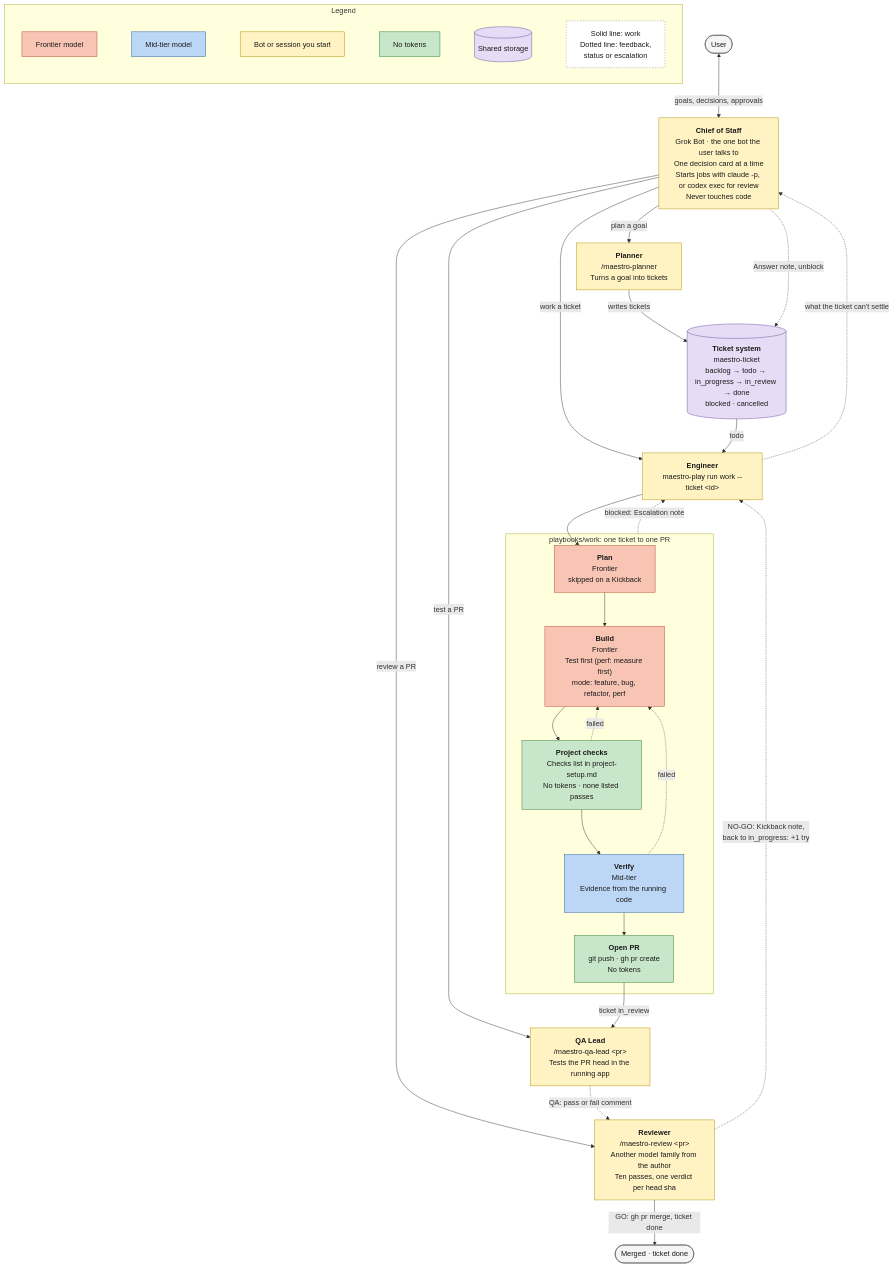
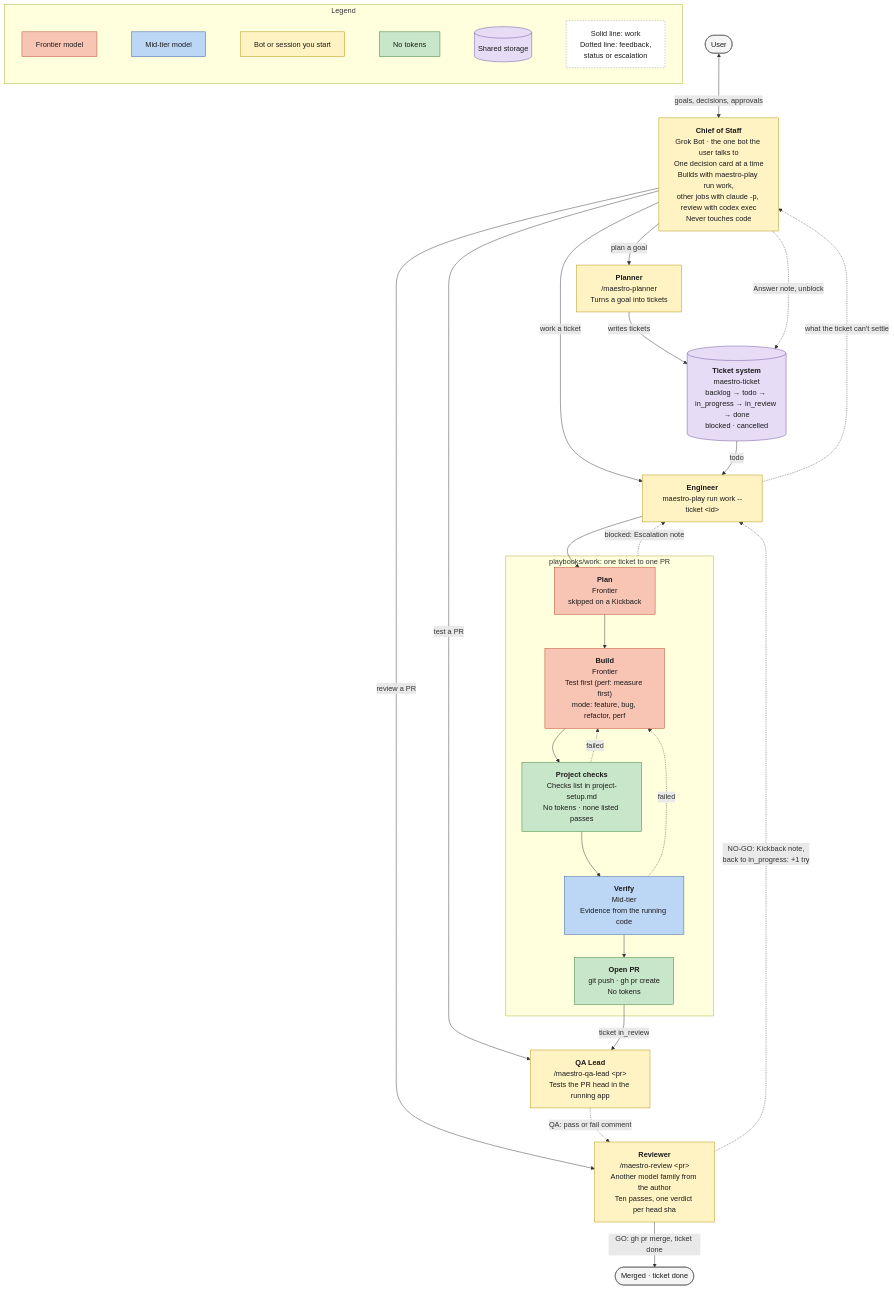
Before and after one commit to ProlesDei/maestro: the diagram in docs/team.mermaid, drawn with Mermaid. The commit also changed 4 other files, not shown here.

First line of the commit message:
PR 14 review fixes: resume old run names, CoS diagram node, empty-board row

```diff
--- a/docs/team.mermaid
+++ b/docs/team.mermaid
@@ -1,70 +1,70 @@
 flowchart TD
     User([User])
 
-    CoS["<b>Chief of Staff</b><br/>Grok Bot · the one bot the user talks to<br/>One decision card at a time<br/>Starts jobs with claude -p, or codex exec for review<br/>Never touches code"]
+    CoS["<b>Chief of Staff</b><br/>Grok Bot · the one bot the user talks to<br/>One decision card at a time<br/>Builds with maestro-play run work,<br/>other jobs with claude -p, review with codex exec<br/>Never touches code"]
     Planner["<b>Planner</b><br/>/maestro-planner<br/>Turns a goal into tickets"]
     Tickets[("<b>Ticket system</b><br/>maestro-ticket<br/>backlog → todo → in_progress → in_review → done<br/>blocked · cancelled")]
 
     Eng["<b>Engineer</b><br/>maestro-play run work --ticket &lt;id&gt;"]
 
     subgraph Work ["playbooks/work: one ticket to one PR"]
         Plan["<b>Plan</b><br/>Frontier<br/>skipped on a Kickback"]
         Build["<b>Build</b><br/>Frontier<br/>Test first (perf: measure first)<br/>mode: feature, bug, refactor, perf"]
         Checks["<b>Project checks</b><br/>Checks list in project-setup.md<br/>No tokens · none listed passes"]
         Verify["<b>Verify</b><br/>Mid-tier<br/>Evidence from the running code"]
         PR["<b>Open PR</b><br/>git push · gh pr create<br/>No tokens"]
     end
 
     QA["<b>QA Lead</b><br/>/maestro-qa-lead &lt;pr&gt;<br/>Tests the PR head in the running app"]
     Rev["<b>Reviewer</b><br/>/maestro-review &lt;pr&gt;<br/>Another model family from the author<br/>Ten passes, one verdict per head sha"]
     Done([Merged · ticket done])
 
     %% User and Chief of Staff
     User <-->|"goals, decisions, approvals"| CoS
 
     %% The Chief of Staff starts each job
     CoS -->|"plan a goal"| Planner
     CoS -->|"work a ticket"| Eng
     CoS -->|"test a PR"| QA
     CoS -->|"review a PR"| Rev
 
     %% Planning
     Planner -->|"writes tickets"| Tickets
     Tickets -->|"todo"| Eng
 
     %% Build
     Eng --> Plan --> Build --> Checks --> Verify --> PR
     Checks -.->|"failed"| Build
     Verify -.->|"failed"| Build
     Work -.->|"blocked: Escalation note"| Eng
     Eng -.->|"what the ticket can't settle"| CoS
     CoS -.->|"Answer note, unblock"| Tickets
 
     %% Test and review
     PR -->|"ticket in_review"| QA
     QA -.->|"QA: pass or fail comment"| Rev
     Rev -->|"GO: gh pr merge, ticket done"| Done
     Rev -.->|"NO-GO: Kickback note,<br/>back to in_progress: +1 try"| Eng
 
     %% Legend
     subgraph Legend ["Legend"]
         direction LR
         L1["Frontier model"] ~~~ L2["Mid-tier model"] ~~~ L6["Bot or session you start"] ~~~ L3["No tokens"] ~~~ L4[("Shared storage")] ~~~ L5["Solid line: work<br/>Dotted line: feedback,<br/>status or escalation"]
     end
 
     %% Styles by cost tier
     classDef frontier fill:#f8c4b4,stroke:#b5472b,color:#1a1a1a
     classDef mid fill:#bcd6f5,stroke:#2f5f9e,color:#1a1a1a
     classDef free fill:#c8e6c9,stroke:#2e7d32,color:#1a1a1a
     classDef storage fill:#e6dcf5,stroke:#6a4c9c,color:#1a1a1a
     classDef person fill:#f5f5f5,stroke:#555,color:#1a1a1a
     classDef bot fill:#fff3c4,stroke:#b38f00,color:#1a1a1a
     classDef note fill:#ffffff,stroke:#999,color:#1a1a1a,stroke-dasharray:3 3
 
     class Plan,Build,L1 frontier
     class Verify,L2 mid
     class Checks,PR,L3 free
     class Tickets,L4 storage
     class User,Done person
     class CoS,Planner,Eng,QA,Rev,L6 bot
     class L5 note
```
